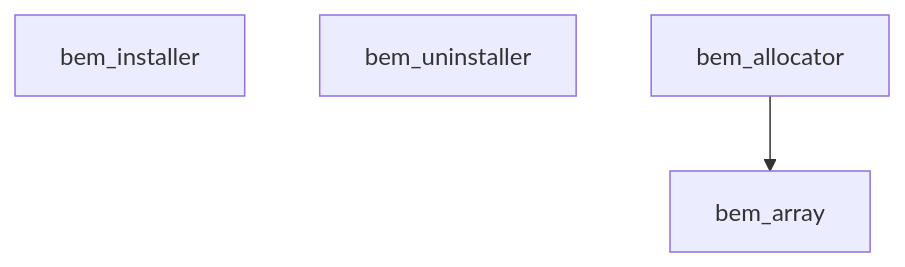
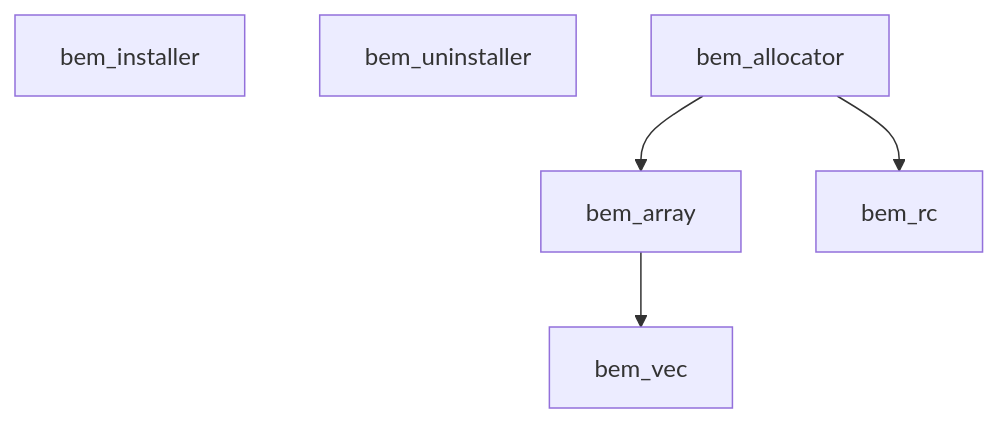
Before and after one commit to intsuc/bem: the diagram in README.md, drawn with Mermaid. The commit also changed 2 other files, not shown here.

Commit message:
Add pack skeletons

````diff
--- a/README.md
+++ b/README.md
@@ -7,6 +7,8 @@
 ```mermaid
 flowchart TD
   bem_installer
   bem_uninstaller
   bem_allocator --> bem_array
+  bem_allocator --> bem_rc
+  bem_array --> bem_vec
 ```
````
